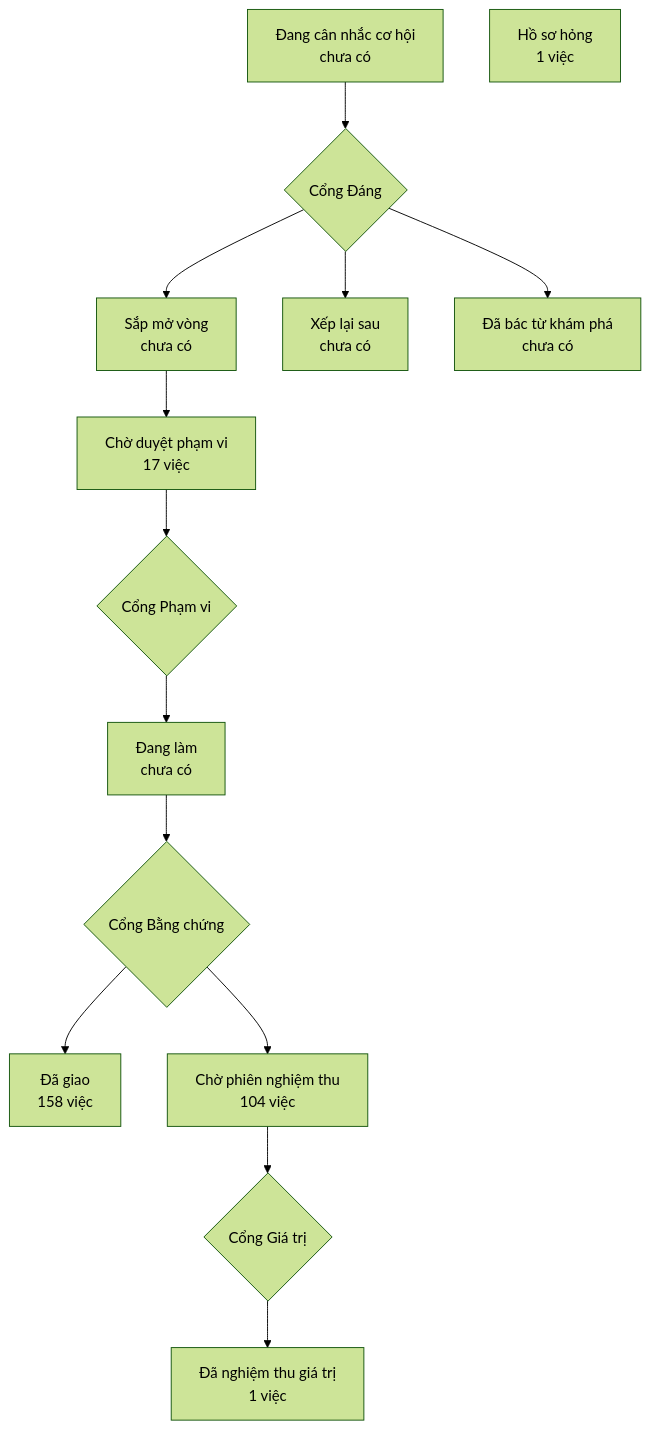
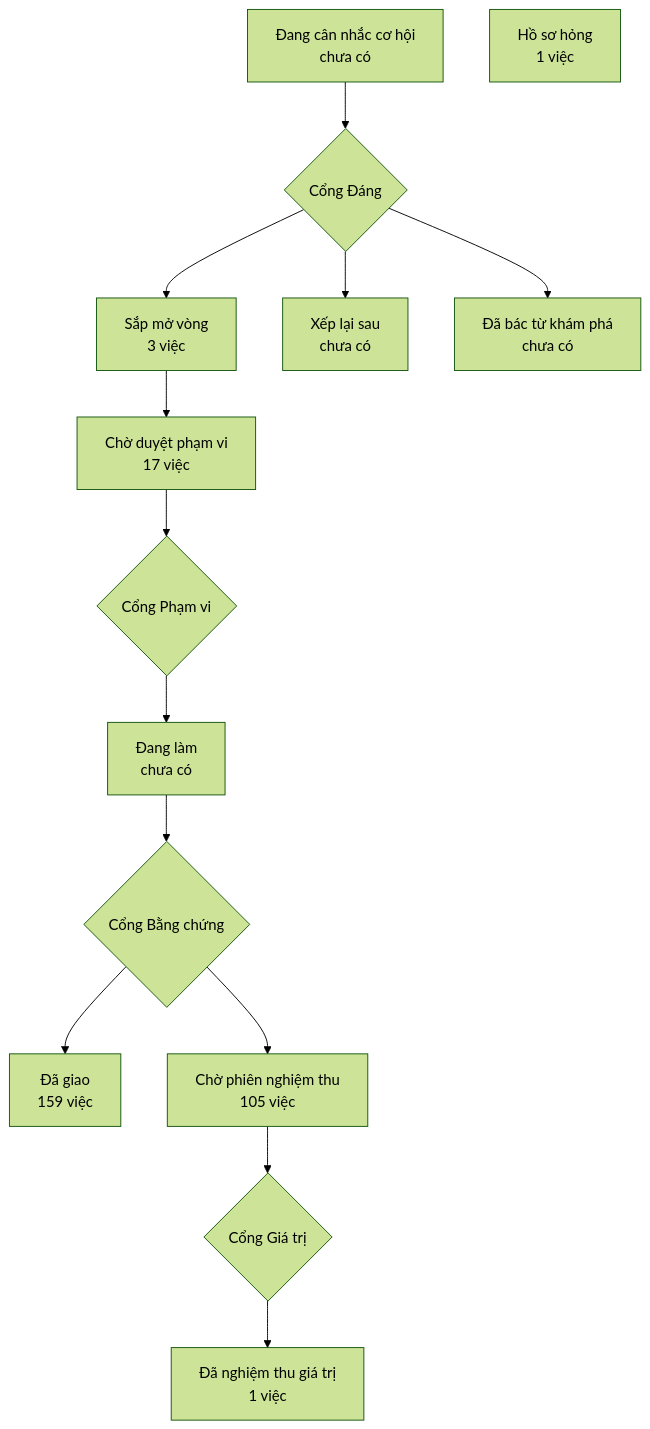
One commit to phanlemanh/onehub-invest changed the diagram in PRODUCT-MAP.md. Above: the diagram before and after it, drawn with Mermaid (forest theme). The commit also changed other lines of this file and 1 other file, not shown here.

````diff
--- a/PRODUCT-MAP.md
+++ b/PRODUCT-MAP.md
@@ -7,13 +7,13 @@
 ```mermaid
 flowchart TD
   A["Đang cân nhắc cơ hội<br/>chưa có"] --> GD{"Cổng Đáng"}
-  GD --> B["Sắp mở vòng<br/>chưa có"]
+  GD --> B["Sắp mở vòng<br/>3 việc"]
   GD --> XL["Xếp lại sau<br/>chưa có"]
   GD --> DB["Đã bác từ khám phá<br/>chưa có"]
   B --> CD["Chờ duyệt phạm vi<br/>17 việc"] --> GP{"Cổng Phạm vi"}
   GP --> DL["Đang làm<br/>chưa có"] --> GB{"Cổng Bằng chứng"}
-  GB --> DG["Đã giao<br/>158 việc"]
-  GB --> CN["Chờ phiên nghiệm thu<br/>104 việc"] --> GG{"Cổng Giá trị"}
+  GB --> DG["Đã giao<br/>159 việc"]
+  GB --> CN["Chờ phiên nghiệm thu<br/>105 việc"] --> GG{"Cổng Giá trị"}
   GG --> NT["Đã nghiệm thu giá trị<br/>1 việc"]
   HS["Hồ sơ hỏng<br/>1 việc"]
 ```
````
